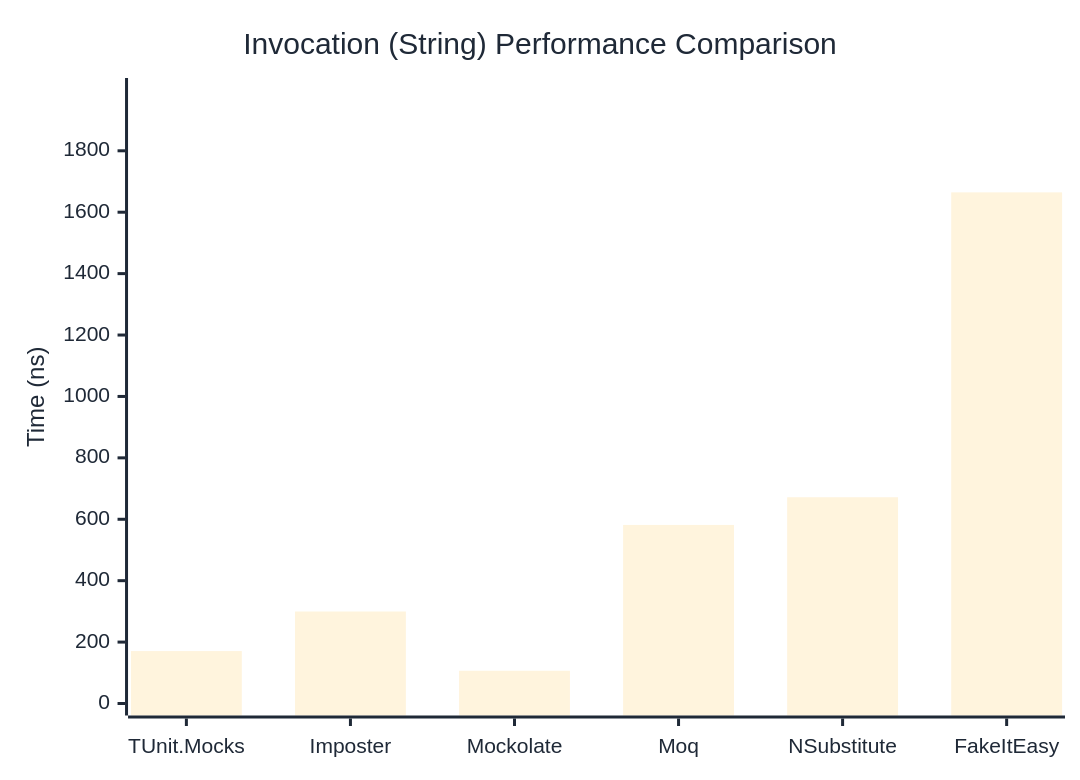
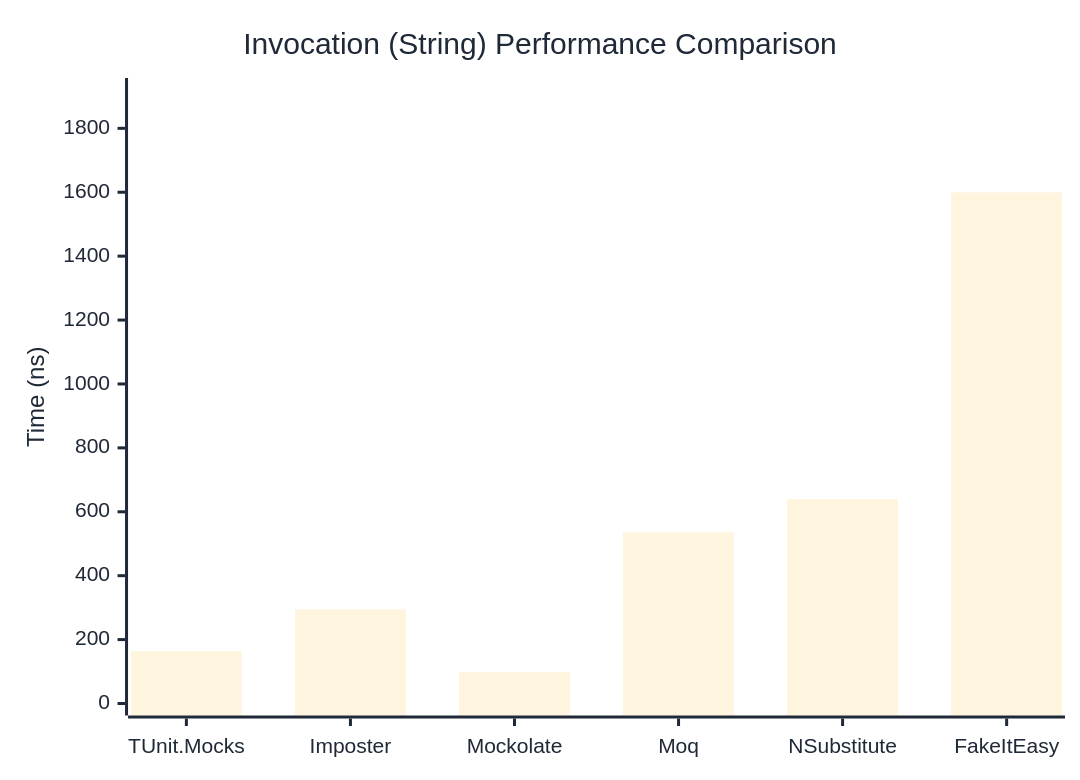
The second of 3 diagrams in docs/docs/benchmarks/mocks/Invocation.md (thomhurst/TUnit), drawn with Mermaid before and after one commit. The commit also changed other lines of this file and 14 other files, not shown here.

````diff
--- a/docs/docs/benchmarks/mocks/Invocation.md
+++ b/docs/docs/benchmarks/mocks/Invocation.md
@@ -71,27 +71,27 @@
 ```mermaid
 %%{init: {
   'theme':'base',
   'themeVariables': {
     'primaryColor': '#2563eb',
     'primaryTextColor': '#1f2937',
     'primaryBorderColor': '#1e40af',
     'lineColor': '#6b7280',
     'secondaryColor': '#7c3aed',
     'tertiaryColor': '#dc2626',
     'background': '#ffffff',
     'pie1': '#2563eb',
     'pie2': '#7c3aed',
     'pie3': '#dc2626',
     'pie4': '#f59e0b',
     'pie5': '#10b981',
     'pie6': '#06b6d4',
     'pie7': '#ec4899',
     'pie8': '#6366f1'
   }
 }}%%
 xychart-beta
   title "Invocation (String) Performance Comparison"
   x-axis ["TUnit.Mocks", "Imposter", "Mockolate", "Moq", "NSubstitute", "FakeItEasy"]
-  y-axis "Time (ns)" 0 --> 1998
-  bar [170.7, 299.6, 106.6, 581.5, 671.7, 1664.6]
+  y-axis "Time (ns)" 0 --> 1920
+  bar [163.43, 294.8, 99.03, 535.92, 639.6, 1599.58]
 ```
````
